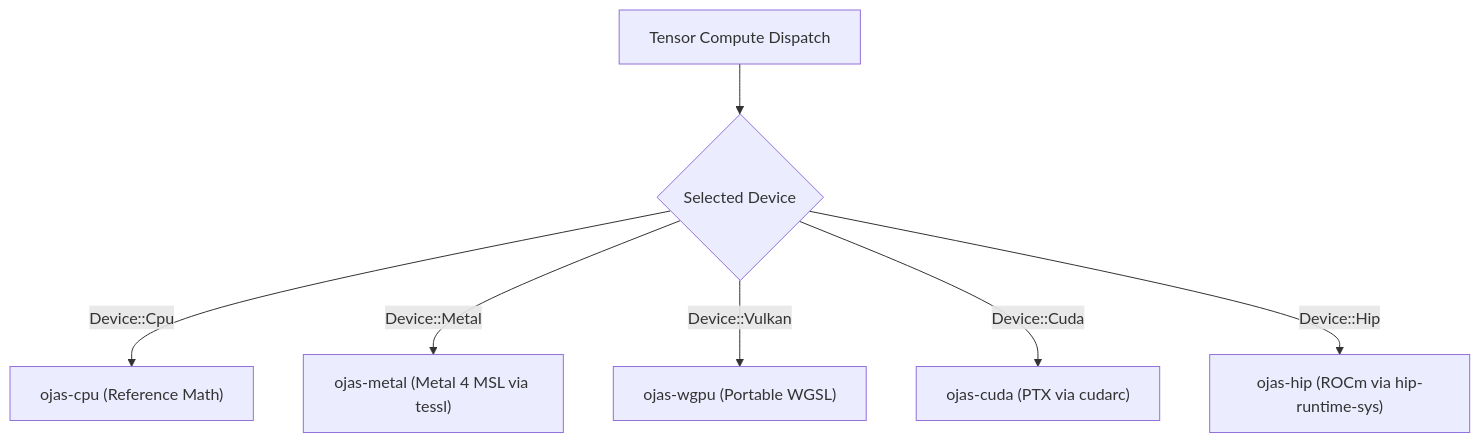
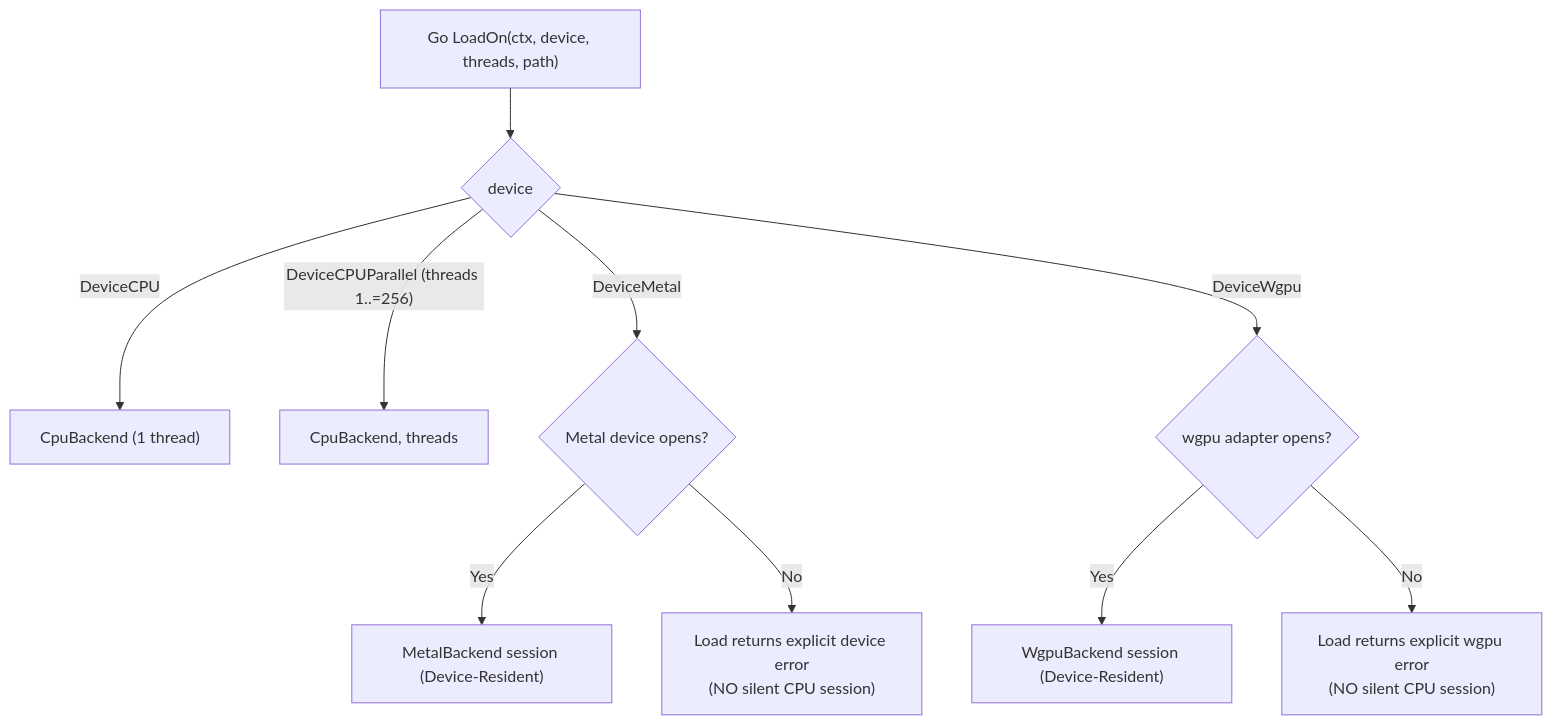
One commit to bharathvbcr/ojas changed the fifth of 8 diagrams in README.md. Above: the diagram before and after it, drawn with Mermaid. The commit also changed other lines of this file and 341 other files, not shown here.

````diff
--- a/README.md
+++ b/README.md
@@ -141,10 +201,14 @@
 ```mermaid
 flowchart TD
-    Dispatch["Tensor Compute Dispatch"] --> BackendCheck{"Selected Device"}
-    
-    BackendCheck -->|Device::Cpu| CPU["ojas-cpu (Reference Math)"]
-    BackendCheck -->|Device::Metal| Metal["ojas-metal (Metal 4 MSL via tessl)"]
-    BackendCheck -->|Device::Vulkan| WGPU["ojas-wgpu (Portable WGSL)"]
-    BackendCheck -->|Device::Cuda| CUDA["ojas-cuda (PTX via cudarc)"]
-    BackendCheck -->|Device::Hip| HIP["ojas-hip (ROCm via hip-runtime-sys)"]
+    LoadOn["Go LoadOn(ctx, device, threads, path)"] --> Kind{"device"}
+
+    Kind -->|DeviceCPU| CPU["CpuBackend (1 thread)"]
+    Kind -->|"DeviceCPUParallel (threads 1..=256)"| CPUP["CpuBackend, threads"]
+    Kind -->|DeviceMetal| Metal{"Metal device opens?"}
+    Kind -->|DeviceWgpu| Wgpu{"wgpu adapter opens?"}
+
+    Metal -->|Yes| MetalB["MetalBackend session (Device-Resident)"]
+    Metal -->|No| MetalErr["Load returns explicit device error\n(NO silent CPU session)"]
+    Wgpu -->|Yes| WgpuB["WgpuBackend session (Device-Resident)"]
+    Wgpu -->|No| WgpuErr["Load returns explicit wgpu error\n(NO silent CPU session)"]
 ```
````
